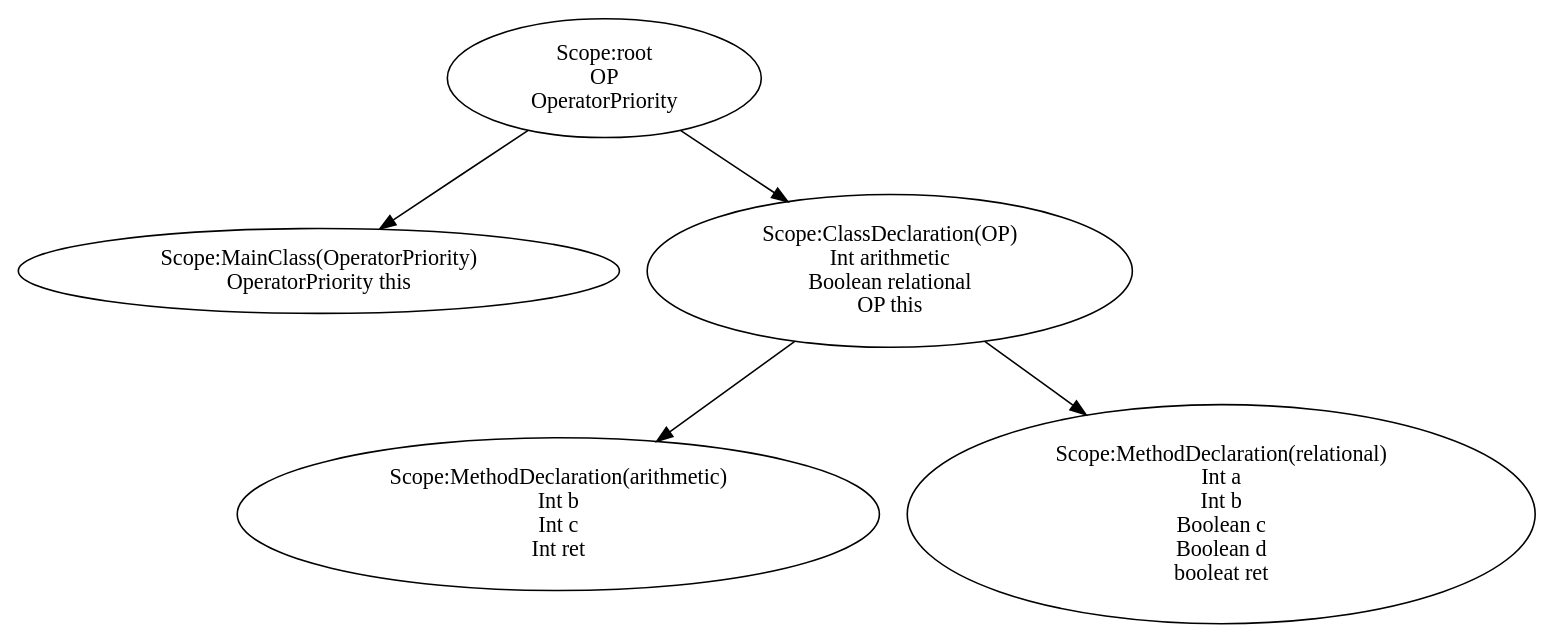
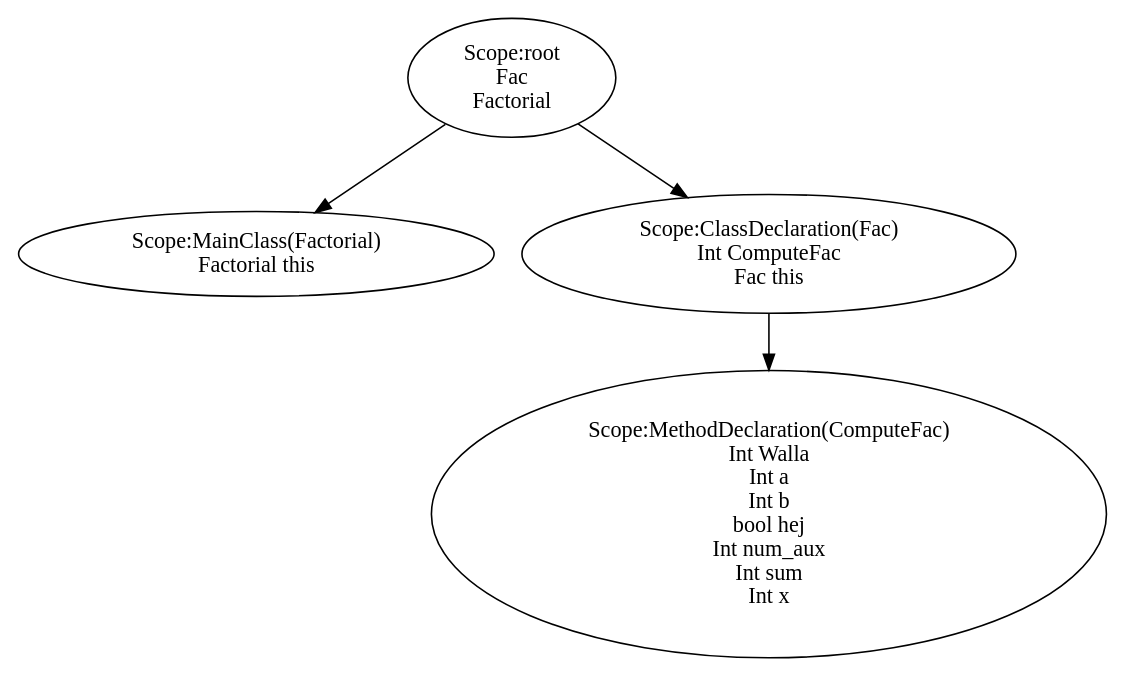
Before and after one commit to JakobAdamsson/Compiler-and-translation-technique: the diagram in assignment2/assignment/st.dot, drawn with Graphviz. The commit also changed 11 other files, not shown here.

```diff
--- a/assignment2/assignment/st.dot
+++ b/assignment2/assignment/st.dot
@@ -1,30 +1,25 @@
 digraph {
 n0 [label="Scope:root
- OP
- OperatorPriority
+ Fac
+ Factorial
 "];
-n1 [label="Scope:MainClass(OperatorPriority)
-OperatorPriority this
+n1 [label="Scope:MainClass(Factorial)
+Factorial this
 "];
 n0 -> n1
-n2 [label="Scope:ClassDeclaration(OP)
-Int arithmetic
-Boolean relational
-OP this
+n2 [label="Scope:ClassDeclaration(Fac)
+Int ComputeFac
+Fac this
 "];
-n3 [label="Scope:MethodDeclaration(arithmetic)
+n3 [label="Scope:MethodDeclaration(ComputeFac)
+Int Walla
+Int a
 Int b
-Int c
-Int ret
+bool hej
+Int num_aux
+Int sum
+Int x
 "];
 n2 -> n3
-n4 [label="Scope:MethodDeclaration(relational)
-Int a
-Int b
-Boolean c
-Boolean d
-booleat ret
-"];
-n2 -> n4
 n0 -> n2
 }
```
